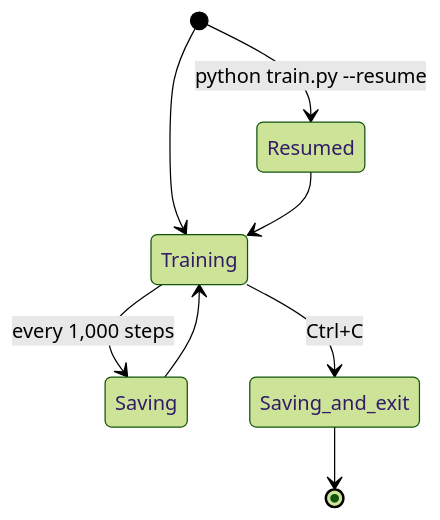
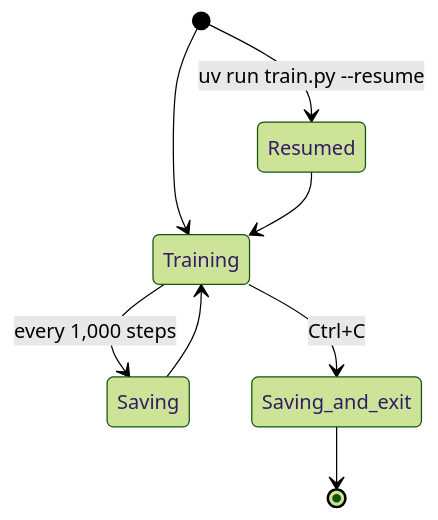
Before and after one commit to d-subrahmanyam/tinygpt-storyteller: the second of 2 diagrams in docs/06-training.md, drawn with Mermaid (forest theme). The commit also changed other lines of this file and 17 other files, not shown here.

````diff
--- a/docs/06-training.md
+++ b/docs/06-training.md
@@ -133,10 +133,10 @@
 ```mermaid
 stateDiagram-v2
     [*] --> Training
     Training --> Saving: every 1,000 steps
     Saving --> Training
     Training --> Saving_and_exit: Ctrl+C
     Saving_and_exit --> [*]
-    [*] --> Resumed: python train.py --resume
+    [*] --> Resumed: uv run train.py --resume
     Resumed --> Training
 ```
````
